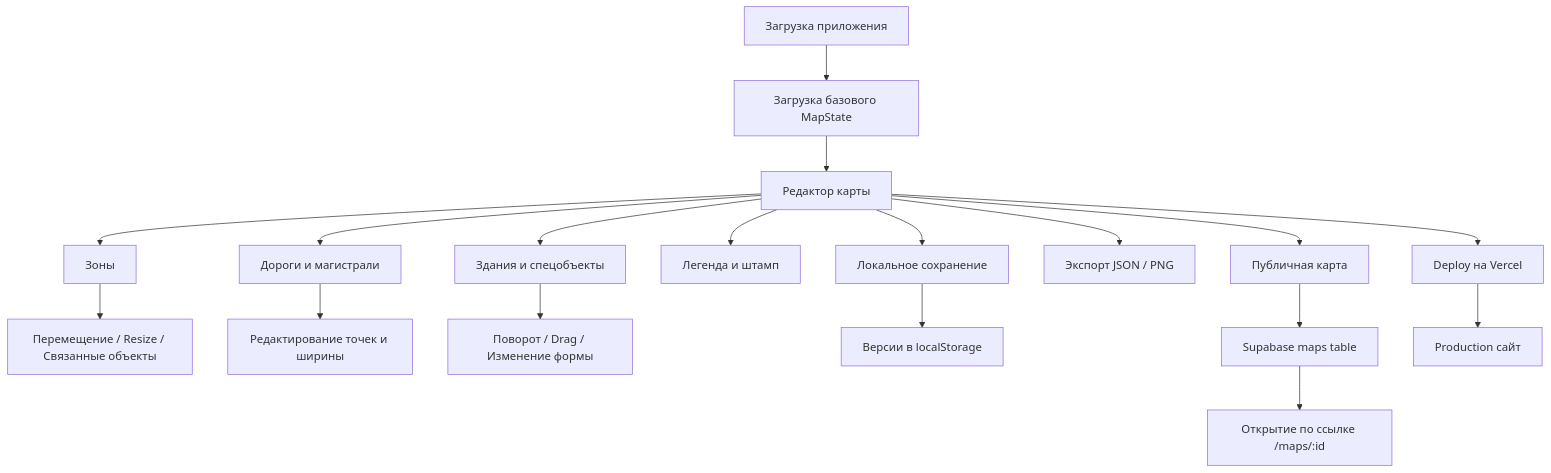
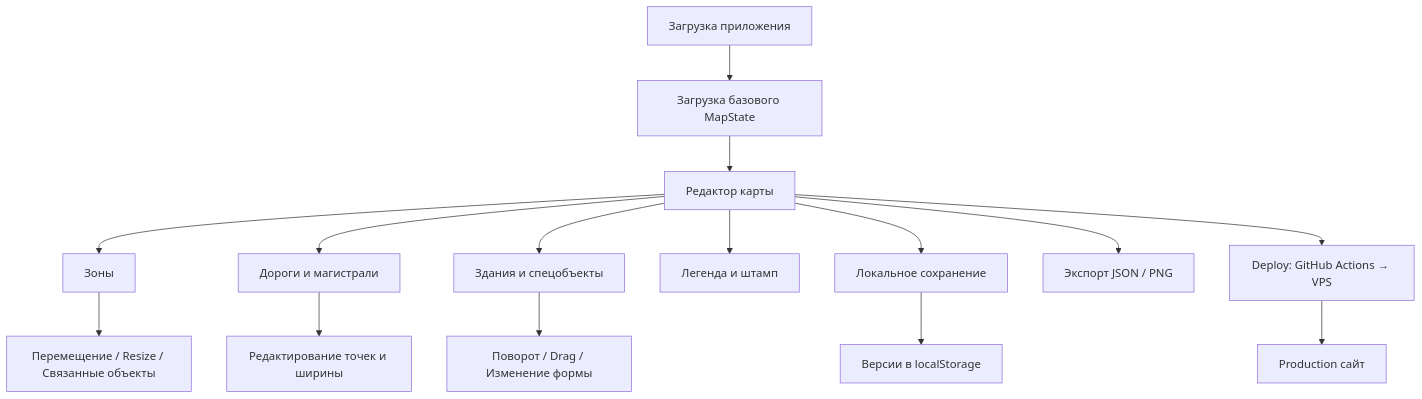
The diagram in README.md (DIBERLOG/urban-blueprint_city-techplan), drawn with Mermaid before and after one commit. The commit also changed other lines of this file and 7 other files, not shown here.

````diff
--- a/README.md
+++ b/README.md
@@ -125,26 +117,22 @@
 ```mermaid
 graph TD
     A["Загрузка приложения"] --> B["Загрузка базового MapState"]
     B --> C["Редактор карты"]
 
     C --> D["Зоны"]
     C --> E["Дороги и магистрали"]
     C --> F["Здания и спецобъекты"]
     C --> G["Легенда и штамп"]
 
     D --> H["Перемещение / Resize / Связанные объекты"]
     E --> I["Редактирование точек и ширины"]
     F --> J["Поворот / Drag / Изменение формы"]
 
     C --> K["Локальное сохранение"]
     K --> L["Версии в localStorage"]
 
     C --> M["Экспорт JSON / PNG"]
 
-    C --> N["Публичная карта"]
-    N --> O["Supabase maps table"]
-    O --> P["Открытие по ссылке /maps/:id"]
-
-    C --> Q["Deploy на Vercel"]
+    C --> Q["Deploy: GitHub Actions → VPS"]
     Q --> R["Production сайт"]
 ```
````
